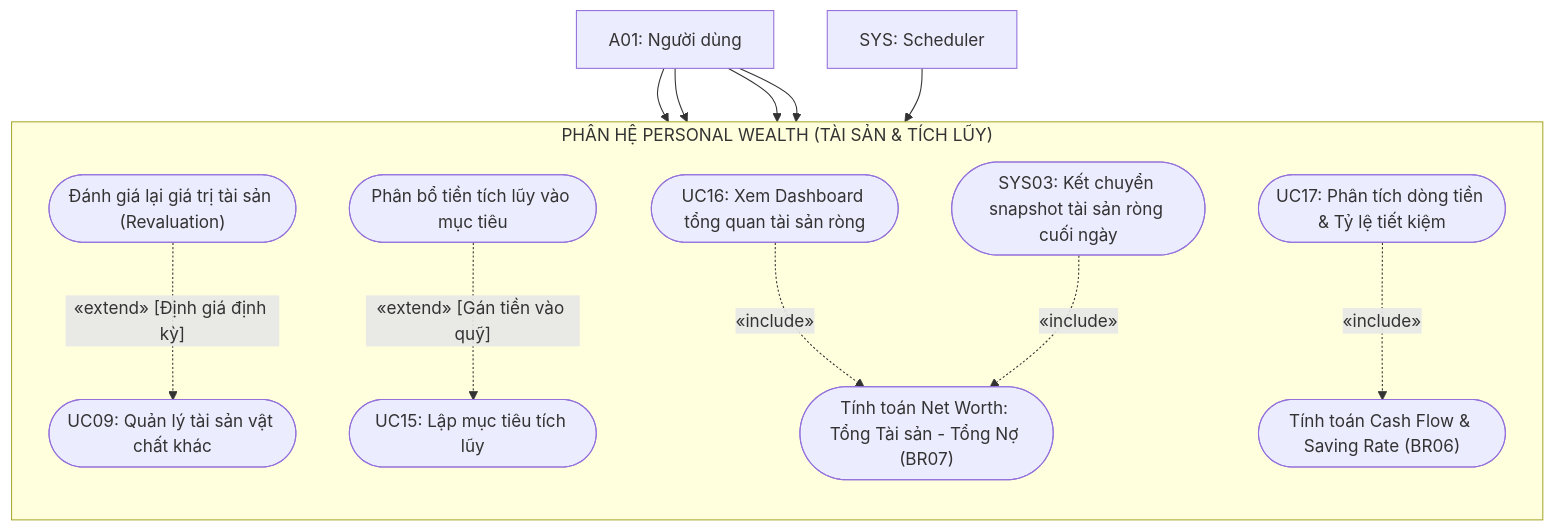
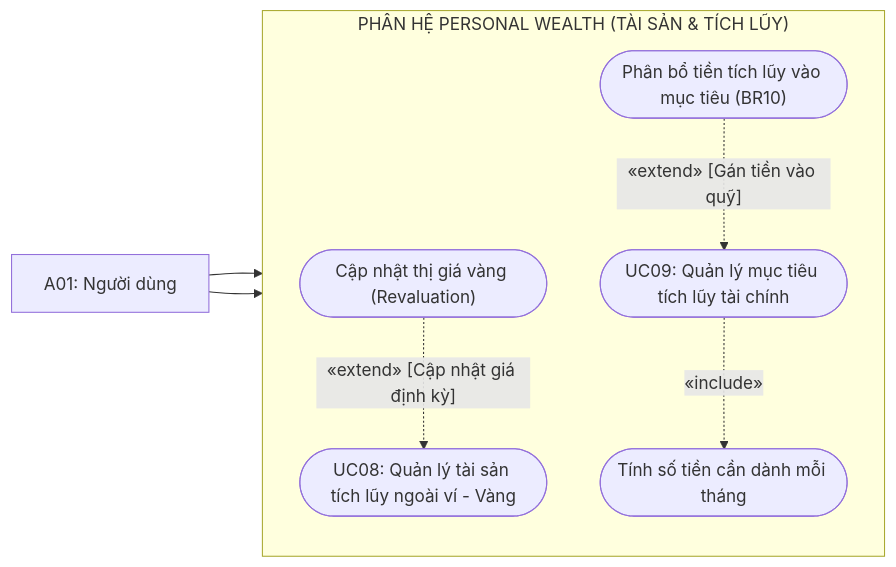
One commit to huytothevoz/SE---Microfinance-Personal-Wealth-Expense-Tracker changed the fifth of 7 diagrams in docs/02_elaboration/uml_modeling/usecase_diagram.md. Above: the diagram before and after it, drawn with Mermaid. The commit also changed other lines of this file and 2 other files, not shown here.

Commit message:
I create the activity diagram, minimized project scope to 13 usecases include 11 usecase for user and 2 usecases for admin

````diff
--- a/docs/02_elaboration/uml_modeling/usecase_diagram.md
+++ b/docs/02_elaboration/uml_modeling/usecase_diagram.md
@@ -290,41 +227,25 @@
 ```mermaid
-flowchart TB
+flowchart LR
     %% Actors
     User["A01: Người dùng"]
-    Scheduler["SYS: Scheduler"]
 
     subgraph Boundary_Wealth["PHÂN HỆ PERSONAL WEALTH (TÀI SẢN & TÍCH LŨY)"]
         direction TB
 
-        UC09(["UC09: Quản lý tài sản vật chất khác"])
-        UC09_Val(["Đánh giá lại giá trị tài sản (Revaluation)"])
+        UC08(["UC08: Quản lý tài sản tích lũy ngoài ví - Vàng"])
+        UC08_Val(["Cập nhật thị giá vàng (Revaluation)"])
 
-        UC15(["UC15: Lập mục tiêu tích lũy"])
-        UC15_Alloc(["Phân bổ tiền tích lũy vào mục tiêu"])
-
-        UC16(["UC16: Xem Dashboard tổng quan tài sản ròng"])
-        CalcNetWorth(["Tính toán Net Worth: Tổng Tài sản - Tổng Nợ (BR07)"])
-
-        UC17(["UC17: Phân tích dòng tiền & Tỷ lệ tiết kiệm"])
-        CalcMetrics(["Tính toán Cash Flow & Saving Rate (BR06)"])
-
-        DailySnapshot(["SYS03: Kết chuyển snapshot tài sản ròng cuối ngày"])
+        UC09(["UC09: Quản lý mục tiêu tích lũy tài chính"])
+        UC09_Alloc(["Phân bổ tiền tích lũy vào mục tiêu (BR10)"])
+        UC09_Target(["Tính số tiền cần dành mỗi tháng"])
     end
 
-    %% Tương tác Actor
+    %% Tương tác
+    User --> UC08
     User --> UC09
-    User --> UC15
-    User --> UC16
-    User --> UC17
-
-    Scheduler --> DailySnapshot
 
     %% Include / Extend
-    UC09_Val -.->|"«extend» [Định giá định kỳ]"| UC09
-    UC15_Alloc -.->|"«extend» [Gán tiền vào quỹ]"| UC15
-
-    UC16 -.->|"«include»"| CalcNetWorth
-    UC17 -.->|"«include»"| CalcMetrics
-
-    DailySnapshot -.->|"«include»"| CalcNetWorth
+    UC08_Val -.->|"«extend» [Cập nhật giá định kỳ]"| UC08
+    UC09_Alloc -.->|"«extend» [Gán tiền vào quỹ]"| UC09
+    UC09 -.->|"«include»"| UC09_Target
 ```
````
